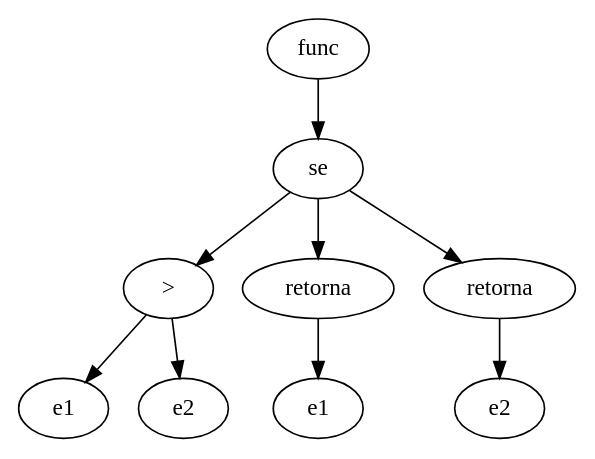
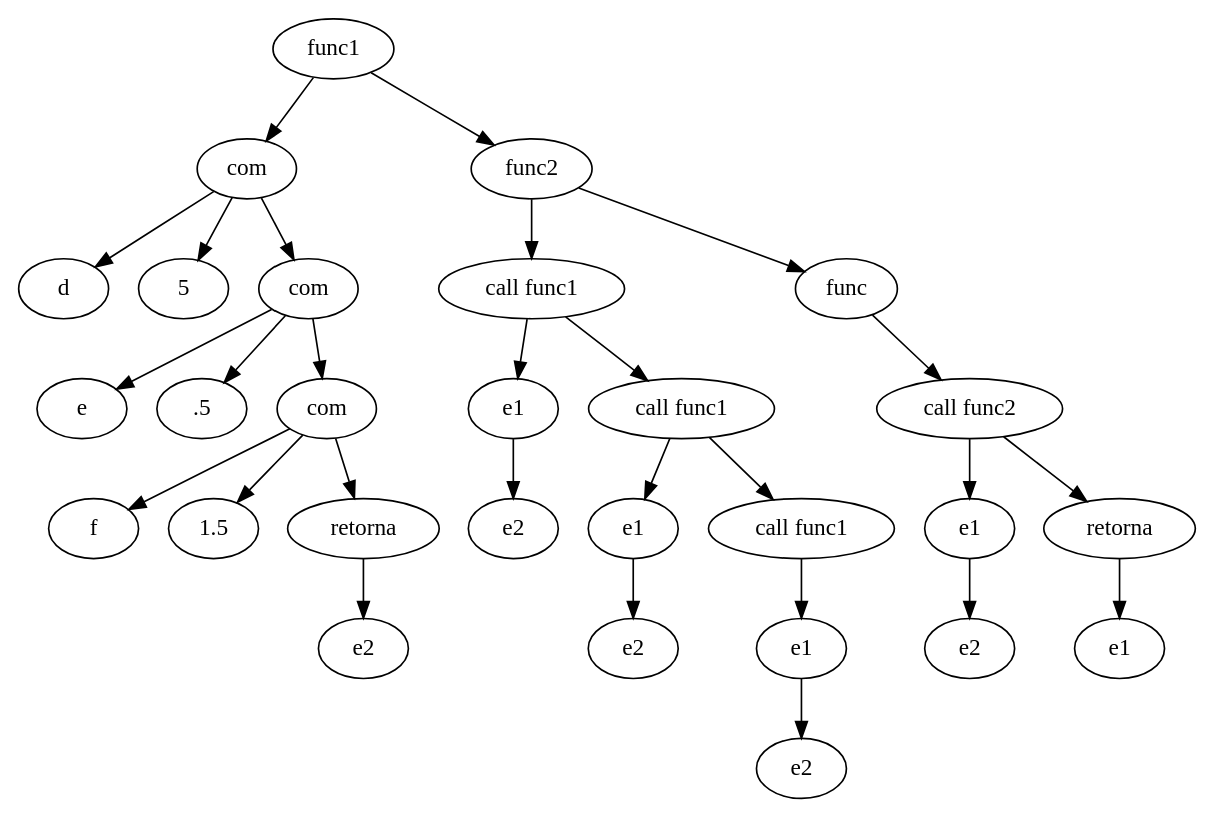
Before and after one commit to vitorholiveira/compilers: the diagram in etapa3/output.dot, drawn with Graphviz. The commit also changed 3 other files, not shown here.

```diff
--- a/etapa3/output.dot
+++ b/etapa3/output.dot
@@ -1,19 +1,57 @@
 digraph grafo {
-  88167088652784 [ label="func" ];
-  88167088652784 -> 88167088652688;
-  88167088652688 [ label="se" ];
-  88167088652688 -> 88167088652448;
-  88167088652448 [ label=">" ];
-  88167088652448 -> 88167088652352;
-  88167088652352 [ label="e1" ];
-  88167088652448 -> 88167088652400;
-  88167088652400 [ label="e2" ];
-  88167088652688 -> 88167088652544;
-  88167088652544 [ label="retorna" ];
+  88167088653024 [ label="func1" ];
+  88167088653024 -> 88167088652400;
+  88167088652400 [ label="com" ];
+  88167088652400 -> 88167088652448;
+  88167088652448 [ label="d" ];
+  88167088652400 -> 88167088652352;
+  88167088652352 [ label="5" ];
+  88167088652400 -> 88167088652544;
+  88167088652544 [ label="com" ];
+  88167088652544 -> 88167088652592;
+  88167088652592 [ label="e" ];
   88167088652544 -> 88167088652496;
-  88167088652496 [ label="e1" ];
+  88167088652496 [ label=".5" ];
+  88167088652544 -> 88167088652688;
+  88167088652688 [ label="com" ];
+  88167088652688 -> 88167088652736;
+  88167088652736 [ label="f" ];
   88167088652688 -> 88167088652640;
-  88167088652640 [ label="retorna" ];
-  88167088652640 -> 88167088652592;
-  88167088652592 [ label="e2" ];
+  88167088652640 [ label="1.5" ];
+  88167088652688 -> 88167088652832;
+  88167088652832 [ label="retorna" ];
+  88167088652832 -> 88167088652784;
+  88167088652784 [ label="e2" ];
+  88167088653024 -> 88167088653504;
+  88167088653504 [ label="func2" ];
+  88167088653504 -> 88167088653168;
+  88167088653168 [ label="call func1" ];
+  88167088653168 -> 88167088653072;
+  88167088653072 [ label="e1" ];
+  88167088653072 -> 88167088653120;
+  88167088653120 [ label="e2" ];
+  88167088653168 -> 88167088653312;
+  88167088653312 [ label="call func1" ];
+  88167088653312 -> 88167088653216;
+  88167088653216 [ label="e1" ];
+  88167088653216 -> 88167088653264;
+  88167088653264 [ label="e2" ];
+  88167088653312 -> 88167088653456;
+  88167088653456 [ label="call func1" ];
+  88167088653456 -> 88167088653360;
+  88167088653360 [ label="e1" ];
+  88167088653360 -> 88167088653408;
+  88167088653408 [ label="e2" ];
+  88167088653504 -> 88167088653792;
+  88167088653792 [ label="func" ];
+  88167088653792 -> 88167088653648;
+  88167088653648 [ label="call func2" ];
+  88167088653648 -> 88167088653552;
+  88167088653552 [ label="e1" ];
+  88167088653552 -> 88167088653600;
+  88167088653600 [ label="e2" ];
+  88167088653648 -> 88167088653744;
+  88167088653744 [ label="retorna" ];
+  88167088653744 -> 88167088653696;
+  88167088653696 [ label="e1" ];
 }
```
